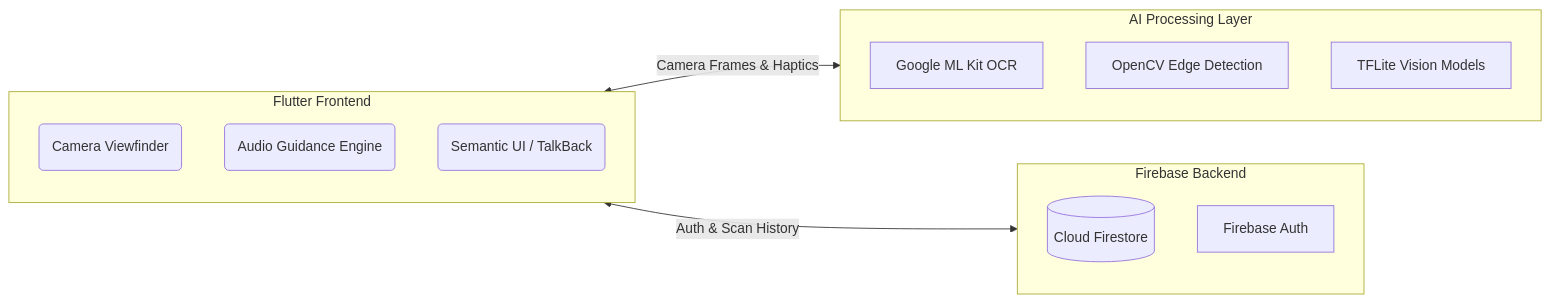
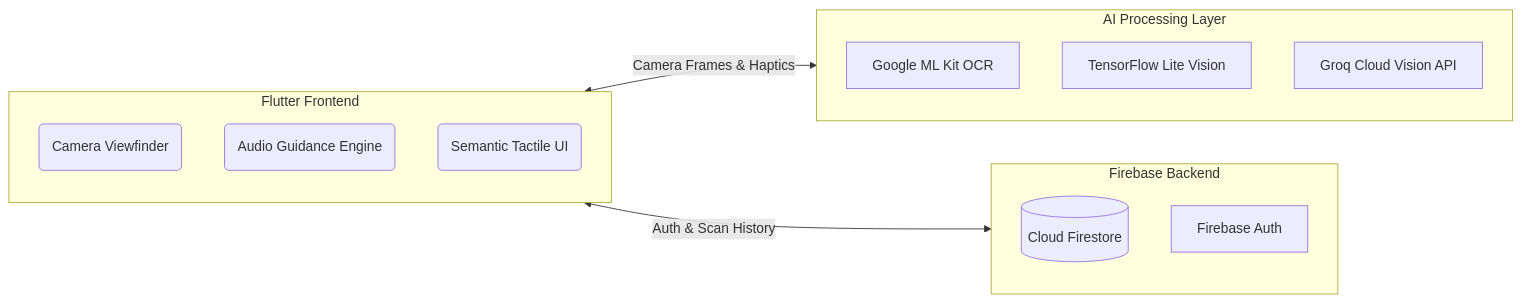
One commit to sohaibAkhlaq/RoshniApp changed the first of 2 diagrams in README.md. Above: the diagram before and after it, drawn with Mermaid. The commit also changed other lines of this file, not shown here.

````diff
--- a/README.md
+++ b/README.md
@@ -61,22 +45,22 @@
 ```mermaid
 flowchart LR
     subgraph UI [Flutter Frontend]
         A(Camera Viewfinder)
         B(Audio Guidance Engine)
-        C(Semantic UI / TalkBack)
+        C(Semantic Tactile UI)
     end
     
     subgraph Core [AI Processing Layer]
         D[Google ML Kit OCR]
-        E[OpenCV Edge Detection]
-        F[TFLite Vision Models]
+        E[TensorFlow Lite Vision]
+        F[Groq Cloud Vision API]
     end
     
     subgraph Cloud [Firebase Backend]
         G[(Cloud Firestore)]
         H[Firebase Auth]
     end
     
     UI <-->|Camera Frames & Haptics| Core
     UI <-->|Auth & Scan History| Cloud
 ```
````
